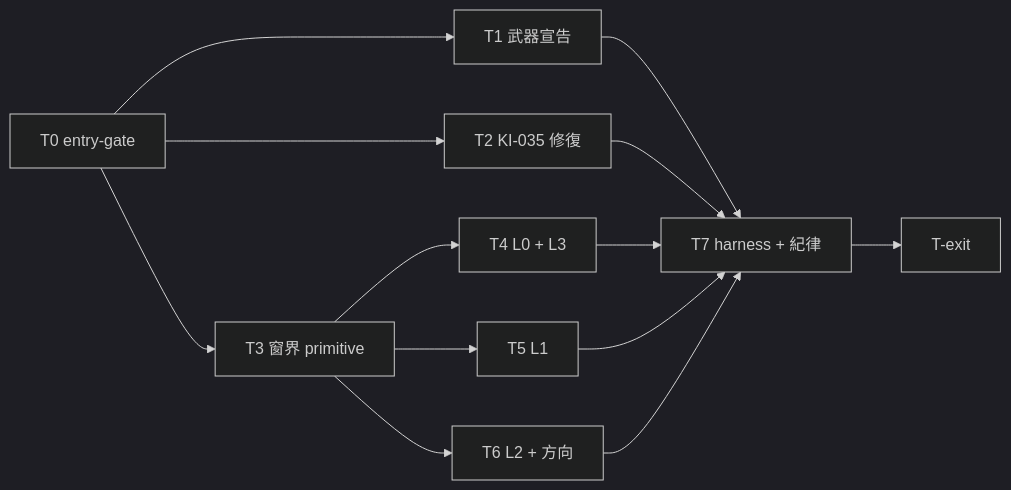
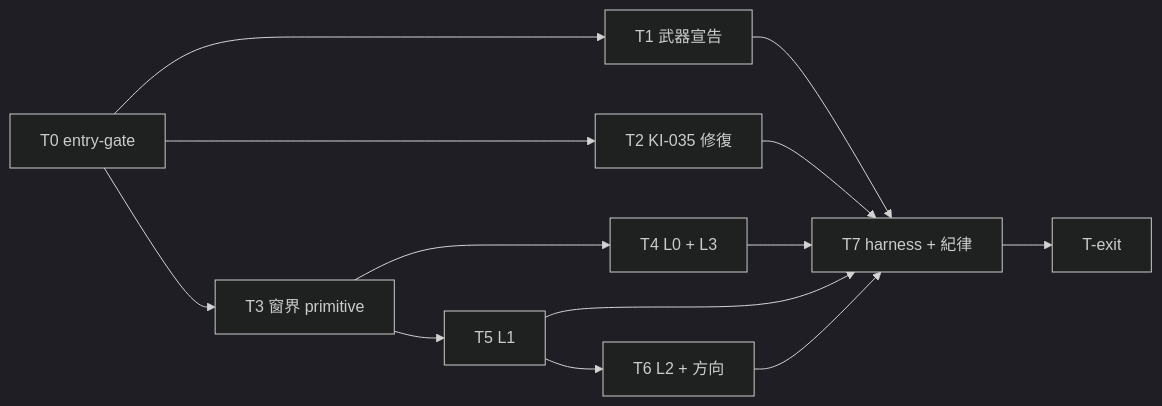
The second of 2 diagrams in docs/exec-plan/active/stage13/wp-63-micro-flick-v8-measurement-foundation/README.md (ziy900409/FPS_aim_analyst), drawn with Mermaid (dark theme) before and after one commit. The commit also changed other lines of this file and 14 other files, not shown here.

````diff
--- a/docs/exec-plan/active/stage13/wp-63-micro-flick-v8-measurement-foundation/README.md
+++ b/docs/exec-plan/active/stage13/wp-63-micro-flick-v8-measurement-foundation/README.md
@@ -452,18 +429,18 @@
 ```mermaid
 flowchart LR
     accTitle: WP-63 任務相依
     accDescr: T0 之後 T1、T2、T3 可並行；T4、T5、T6 皆相依 T3；T7 匯總全部。
 
     T0[T0 entry-gate] --> T1[T1 武器宣告]
     T0 --> T2[T2 KI-035 修復]
     T0 --> T3[T3 窗界 primitive]
     T3 --> T4[T4 L0 + L3]
     T3 --> T5[T5 L1]
-    T3 --> T6[T6 L2 + 方向]
+    T5 --> T6[T6 L2 + 方向]
     T1 --> T7[T7 harness + 紀律]
     T2 --> T7
     T4 --> T7
     T5 --> T7
     T6 --> T7
     T7 --> TE[T-exit]
 ```
````
